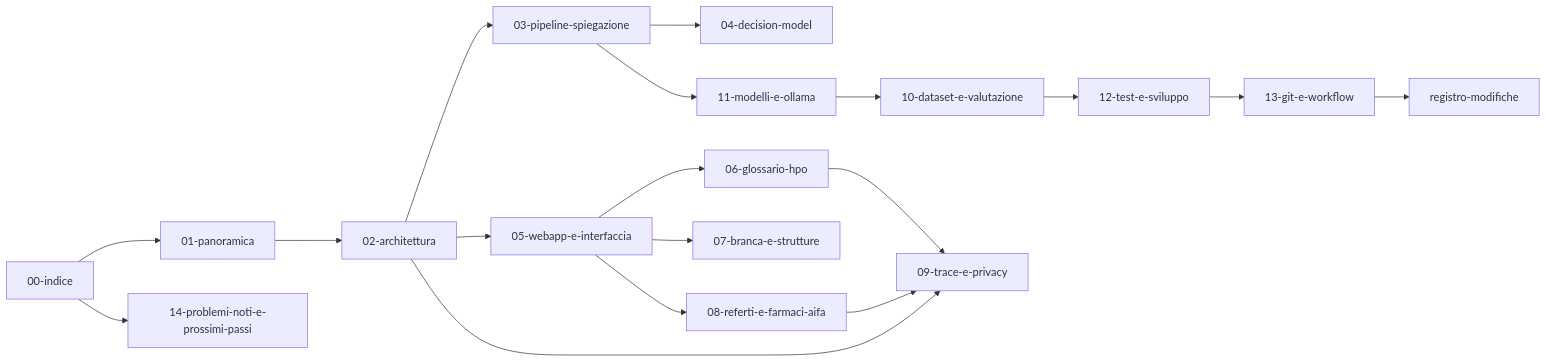
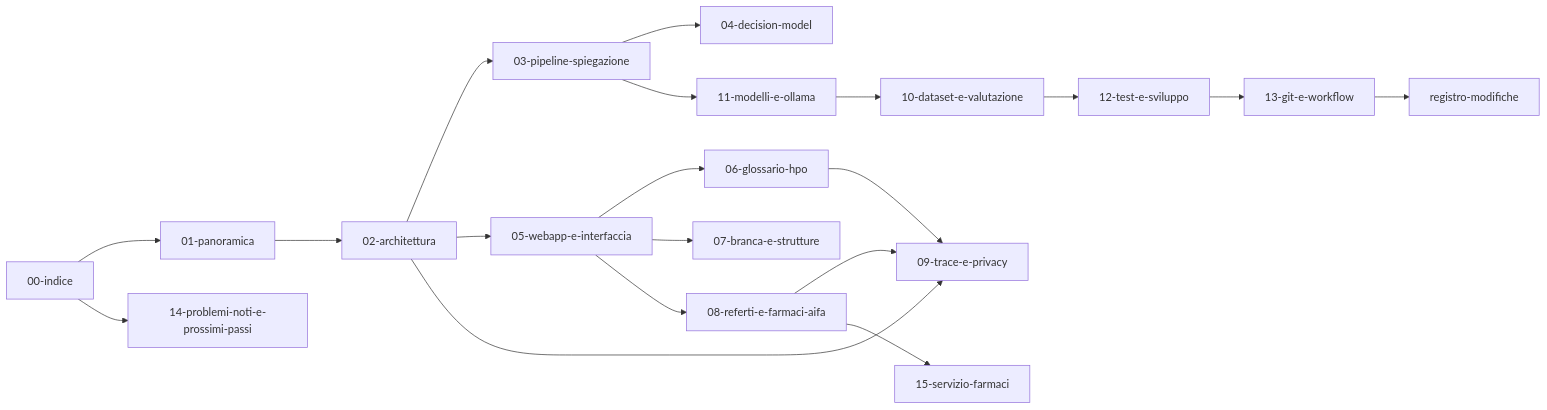
Before and after one commit to Andreaioele/Referto: the diagram in docs/00-indice.md, drawn with Mermaid. The commit also changed other lines of this file and 39 other files, not shown here.

First line of the commit message:
Servizio farmaci NestJS per gli agenti Evolus

````diff
--- a/docs/00-indice.md
+++ b/docs/00-indice.md
@@ -33,20 +34,21 @@
 ```mermaid
 graph LR
   indice[00-indice] --> panoramica[01-panoramica]
   panoramica --> architettura[02-architettura]
   architettura --> pipeline[03-pipeline-spiegazione]
   pipeline --> decision[04-decision-model]
   architettura --> webapp[05-webapp-e-interfaccia]
   webapp --> glossario[06-glossario-hpo]
   webapp --> strutture[07-branca-e-strutture]
   webapp --> farmaci[08-referti-e-farmaci-aifa]
   farmaci --> trace[09-trace-e-privacy]
+  farmaci --> servizio[15-servizio-farmaci]
   glossario --> trace
   architettura --> trace
   pipeline --> modelli[11-modelli-e-ollama]
   modelli --> dataset[10-dataset-e-valutazione]
   dataset --> test[12-test-e-sviluppo]
   test --> git[13-git-e-workflow]
   git --> registro[registro-modifiche]
   indice --> problemi[14-problemi-noti-e-prossimi-passi]
 ```
````
